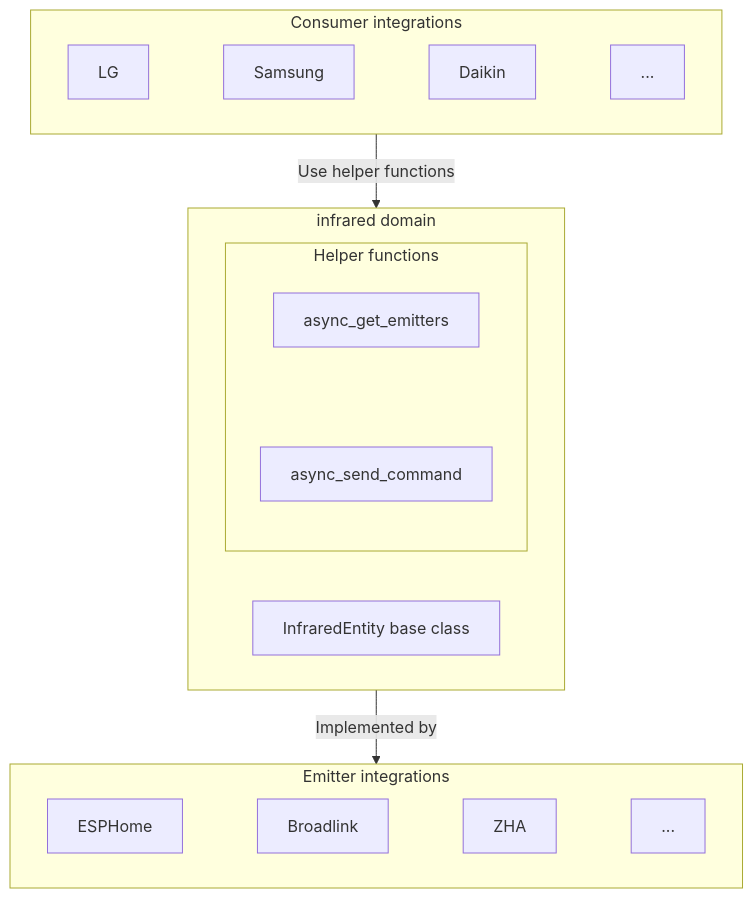
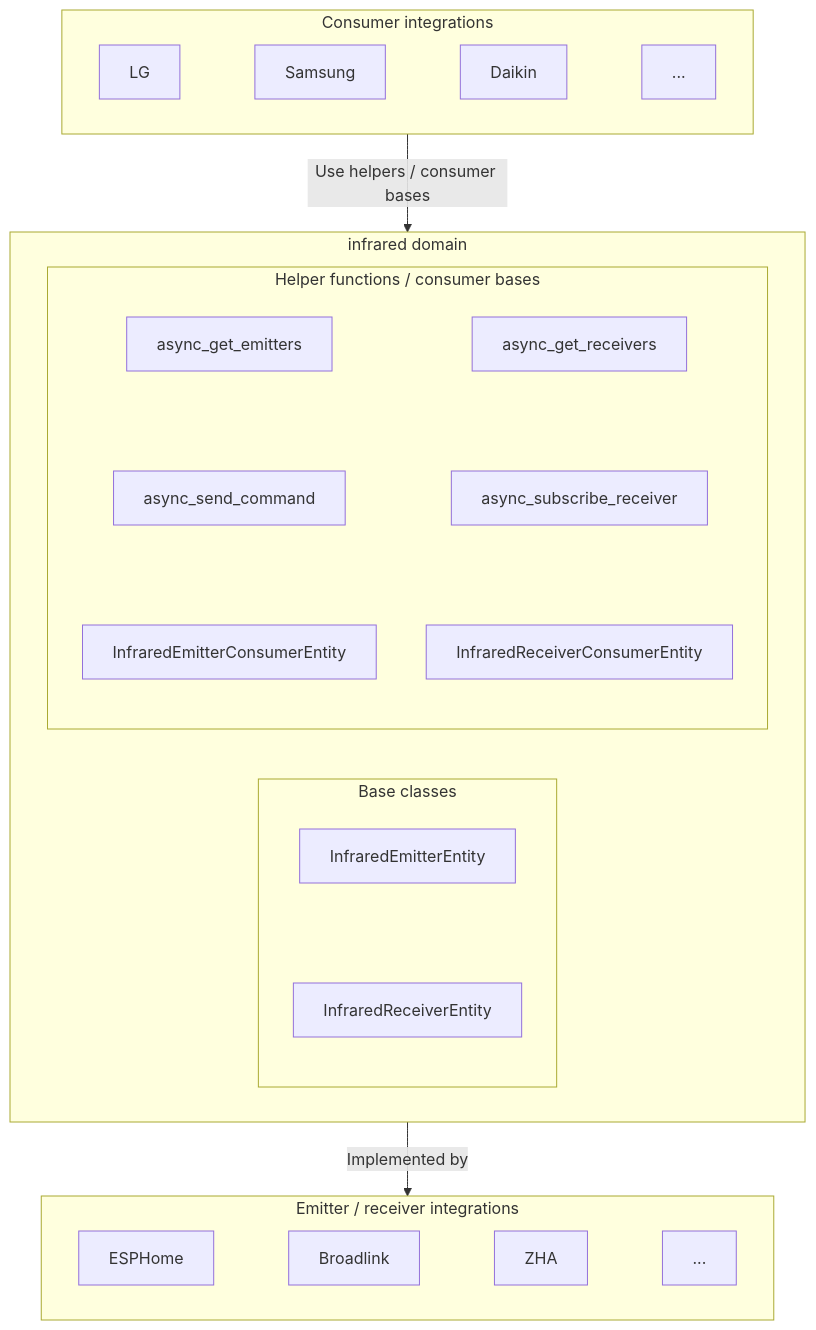
Before and after one commit to Desmond-Dong/hasscn: the diagram in docs/developers/core/entity/infrared.md, drawn with Mermaid. The commit also changed other lines of this file and 734 other files, not shown here.

````diff
--- a/docs/developers/core/entity/infrared.md
+++ b/docs/developers/core/entity/infrared.md
@@ -19,24 +18,28 @@
 ```mermaid
 flowchart TD
     subgraph consumers["Consumer integrations"]
         direction LR
         LG["LG"] ~~~ Samsung["Samsung"] ~~~ Daikin["Daikin"] ~~~ more1["..."]
     end
 
     subgraph infrared["infrared domain"]
         direction LR
-        base["InfraredEntity base class"]
-        subgraph helpers["Helper functions"]
+        subgraph bases["Base classes"]
           direction TB
-          async_get_emitters ~~~ async_send_command
+          InfraredEmitterEntity ~~~ InfraredReceiverEntity
+        end
+        subgraph helpers["Helper functions / consumer bases"]
+          direction TB
+          async_get_emitters ~~~ async_send_command ~~~ InfraredEmitterConsumerEntity
+          async_get_receivers ~~~ async_subscribe_receiver ~~~ InfraredReceiverConsumerEntity
         end
     end
 
-    subgraph emitters["Emitter integrations"]
+    subgraph emitters["Emitter / receiver integrations"]
         direction LR
         ESPHome["ESPHome"] ~~~ Broadlink["Broadlink"] ~~~ ZHA["ZHA"] ~~~ more2["..."]
     end
 
-    consumers -->|"Use helper functions"| helpers
-    base -->|"Implemented by"| emitters
+    consumers -->|"Use helpers / consumer bases"| helpers
+    bases -->|"Implemented by"| emitters
 ```
````
